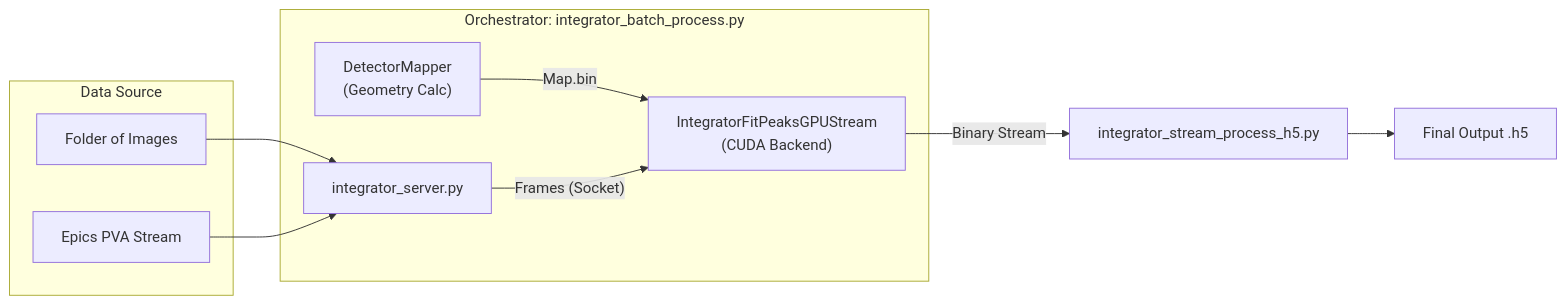
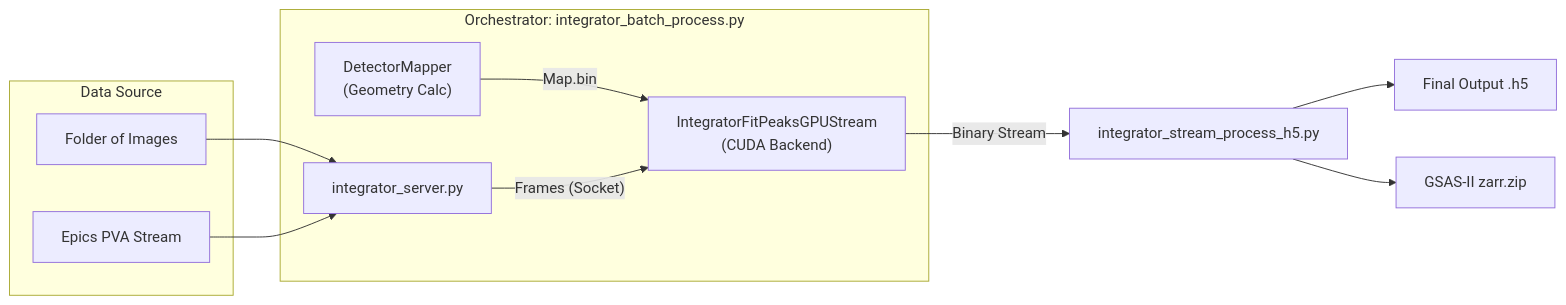
Before and after one commit to marinerhemant/MIDAS: the first of 2 diagrams in manuals/FF_RadialIntegration.md, drawn with Mermaid. The commit also changed other lines of this file and 4 other files, not shown here.

First line of the commit message:
feat: add zarr.zip output to streaming integrator + dual-backend pipeline

````diff
--- a/manuals/FF_RadialIntegration.md
+++ b/manuals/FF_RadialIntegration.md
@@ -31,20 +31,21 @@
 ```mermaid
 graph LR
     subgraph "Data Source"
         Files[Folder of Images]
         Stream[Epics PVA Stream]
     end
     
     subgraph "Orchestrator: integrator_batch_process.py"
         Server[integrator_server.py]
         GPU["IntegratorFitPeaksGPUStream<br>(CUDA Backend)"]
         Mapper["DetectorMapper<br>(Geometry Calc)"]
     end
     
     Files --> Server
     Stream --> Server
     Mapper -->|"Map.bin"| GPU
     Server -->|"Frames (Socket)"| GPU
     GPU -->|"Binary Stream"| Post["integrator_stream_process_h5.py"]
     Post --> Final["Final Output .h5"]
+    Post --> Zarr["GSAS-II zarr.zip"]
 ```
````
